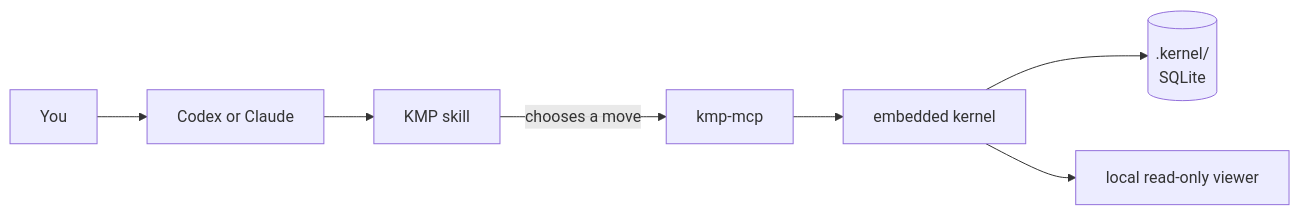
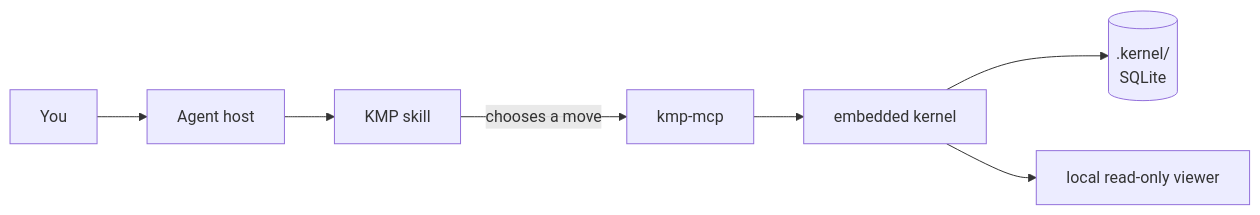
The diagram in README.md (underpass-ai/kmp), drawn with Mermaid before and after one commit. The commit also changed other lines of this file and 19 other files, not shown here.

````diff
--- a/README.md
+++ b/README.md
@@ -151,9 +154,9 @@
 ```mermaid
 flowchart LR
-    U[You] --> H[Codex or Claude]
+    U[You] --> H[Agent host]
     H --> S[KMP skill]
     S -->|chooses a move| M[kmp-mcp]
     M --> K[embedded kernel]
     K --> D[(.kernel/\nSQLite)]
     K --> V[local read-only viewer]
 ```
````
